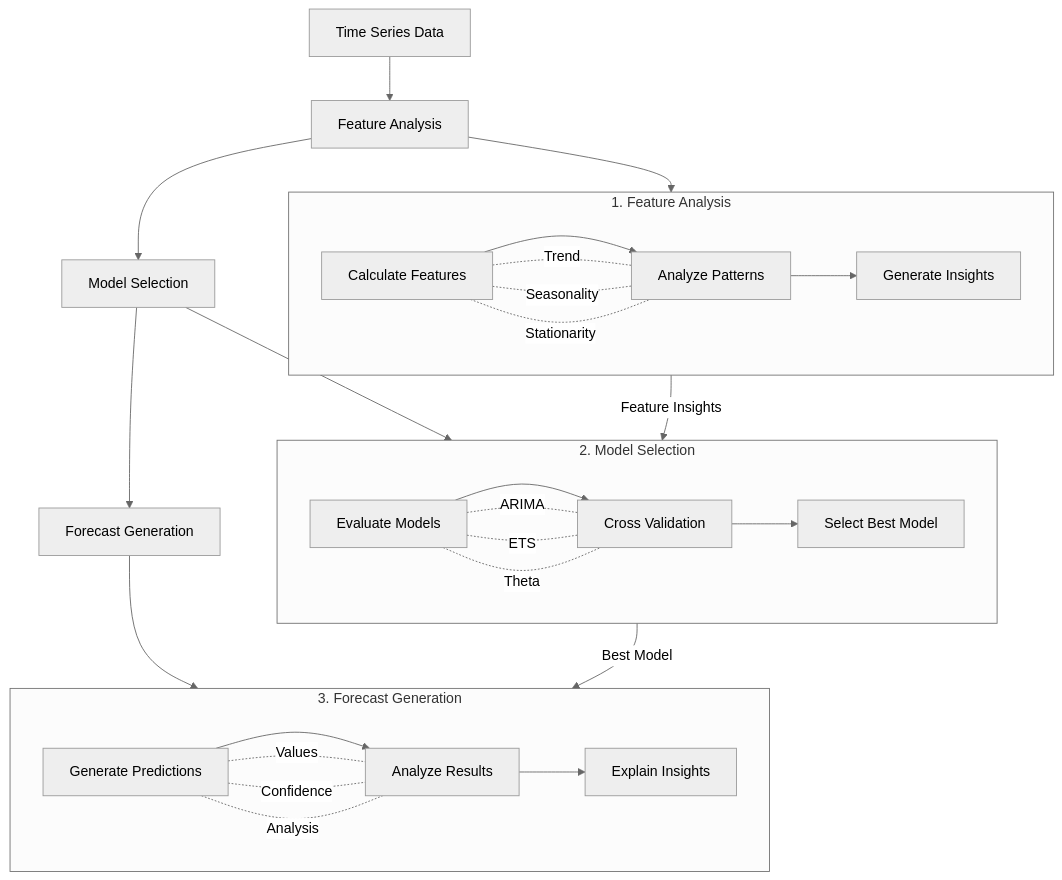
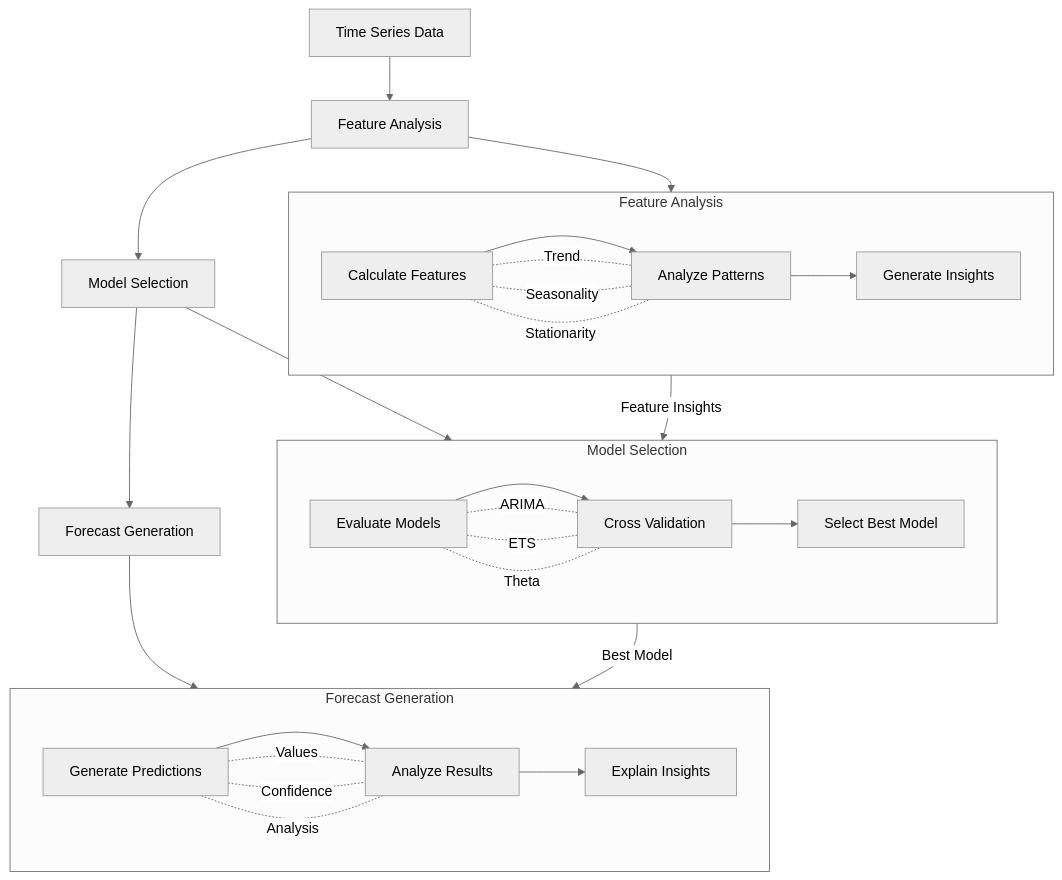
One commit to mpg05883/timecopilot changed the diagram in README.md. Above: the diagram before and after it, drawn with Mermaid (neutral theme).

Commit message:
fix: add correct flow

````diff
--- a/README.md
+++ b/README.md
@@ -32,37 +32,37 @@
 ```mermaid
 flowchart TB
     A[Time Series Data] --> B[Feature Analysis]
     B --> C[Model Selection]
     C --> D[Forecast Generation]
 
-    subgraph Analysis["1. Feature Analysis"]
+    subgraph Analysis["Feature Analysis"]
         direction LR
         B1["Calculate Features"] --> B2["Analyze Patterns"] --> B3["Generate Insights"]
         B1 -.- |"Trend"| B2
         B1 -.- |"Seasonality"| B2
         B1 -.- |"Stationarity"| B2
     end
 
-    subgraph Selection["2. Model Selection"]
+    subgraph Selection["Model Selection"]
         direction LR
         C1["Evaluate Models"] --> C2["Cross Validation"] --> C3["Select Best Model"]
         C1 -.- |"ARIMA"| C2
         C1 -.- |"ETS"| C2
         C1 -.- |"Theta"| C2
     end
 
-    subgraph Generation["3. Forecast Generation"]
+    subgraph Generation["Forecast Generation"]
         direction LR
         D1["Generate Predictions"] --> D2["Analyze Results"] --> D3["Explain Insights"]
         D1 -.- |"Values"| D2
         D1 -.- |"Confidence"| D2
         D1 -.- |"Analysis"| D2
     end
 
     B --> B1
     C --> C1
     D --> D1
     
     B3 --> |"Feature Insights"| C1
     C3 --> |"Best Model"| D1
 ```
````
